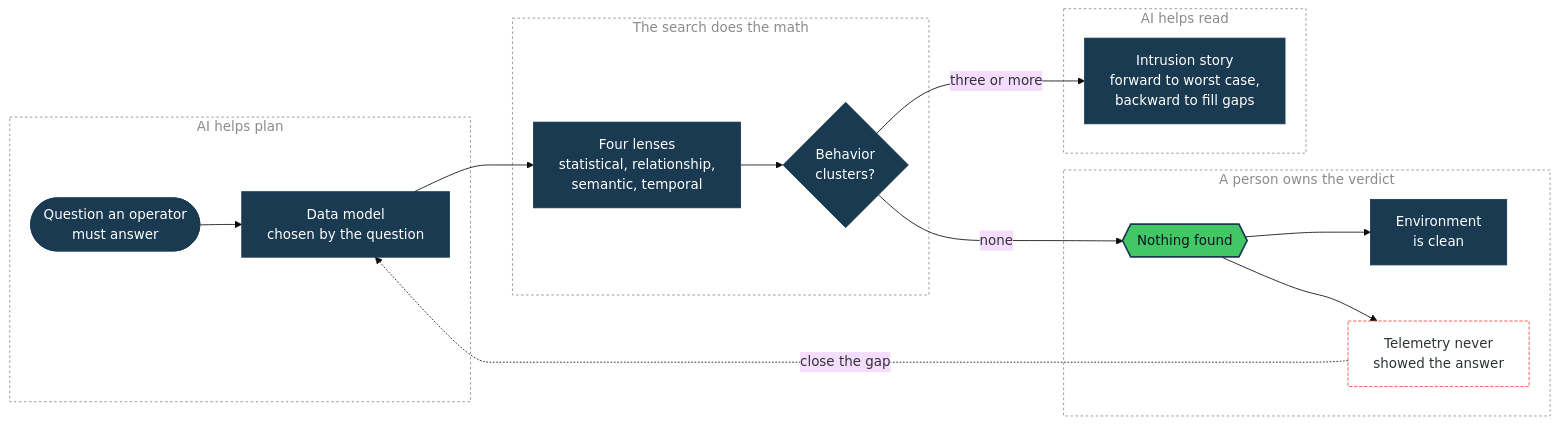
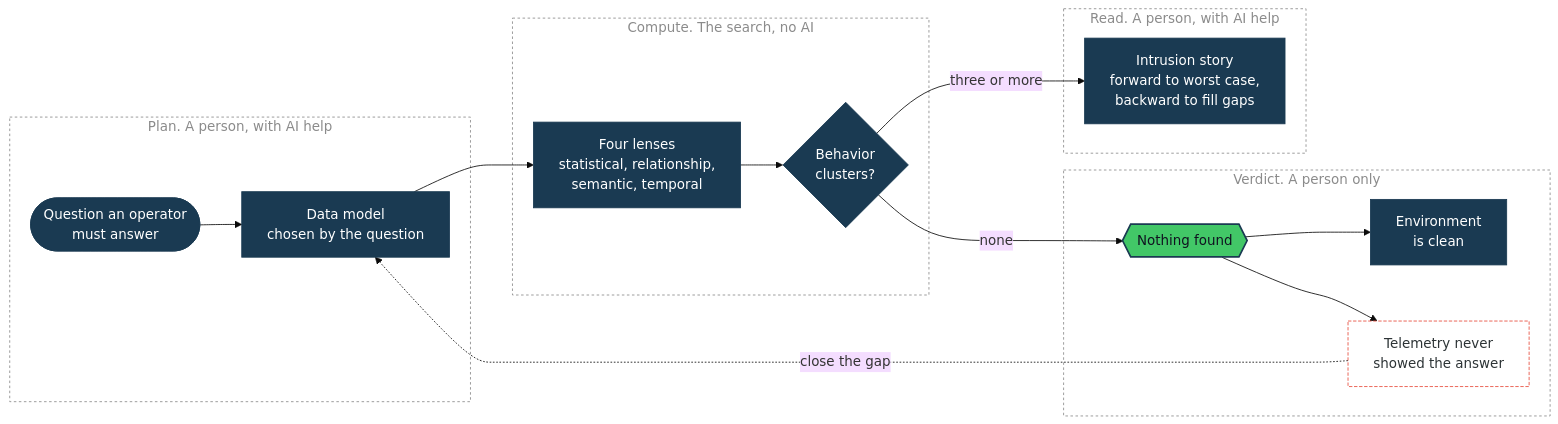
Before and after one commit to TacticalDetect/TacticalDetect: the diagram in README.md, drawn with Mermaid (base theme). The commit also changed other lines of this file, not shown here.

First line of the commit message:
Revise flowchart labels and improve citations

````diff
--- a/README.md
+++ b/README.md
@@ -66,34 +66,34 @@
 ```mermaid
 flowchart LR
-    subgraph P[AI helps plan]
+    subgraph P[Plan. A person, with AI help]
         Q([Question an operator<br>must answer]) --> M[Data model<br>chosen by the question]
     end
-    subgraph X[The search does the math]
+    subgraph X[Compute. The search, no AI]
         L[Four lenses<br>statistical, relationship,<br>semantic, temporal] --> C{Behavior<br>clusters?}
     end
-    subgraph R[AI helps read]
+    subgraph R[Read. A person, with AI help]
         S[Intrusion story<br>forward to worst case,<br>backward to fill gaps]
     end
-    subgraph V[A person owns the verdict]
+    subgraph V[Verdict. A person only]
         N{{Nothing found}}
         E[Environment<br>is clean]
         B[Telemetry never<br>showed the answer]
     end
     M --> L
     C -->|three or more| S
     C -->|none| N
     N --> E
     N --> B
     B -.->|close the gap| M
 
     classDef fork fill:#42c767,stroke:#1a3a52,color:#101320,stroke-width:2px
     classDef base fill:#1a3a52,stroke:#1a3a52,color:#ffffff
     classDef blind fill:#ffffff,stroke:#e74c3c,color:#2d3436,stroke-dasharray:4 2
     class N fork
     class Q,M,L,C,S,E base
     class B blind
     style P fill:#ffffff,stroke:#8b8b8b,color:#8b8b8b,stroke-dasharray:3 3
     style X fill:#ffffff,stroke:#8b8b8b,color:#8b8b8b,stroke-dasharray:3 3
     style R fill:#ffffff,stroke:#8b8b8b,color:#8b8b8b,stroke-dasharray:3 3
     style V fill:#ffffff,stroke:#8b8b8b,color:#8b8b8b,stroke-dasharray:3 3
 ```
````
